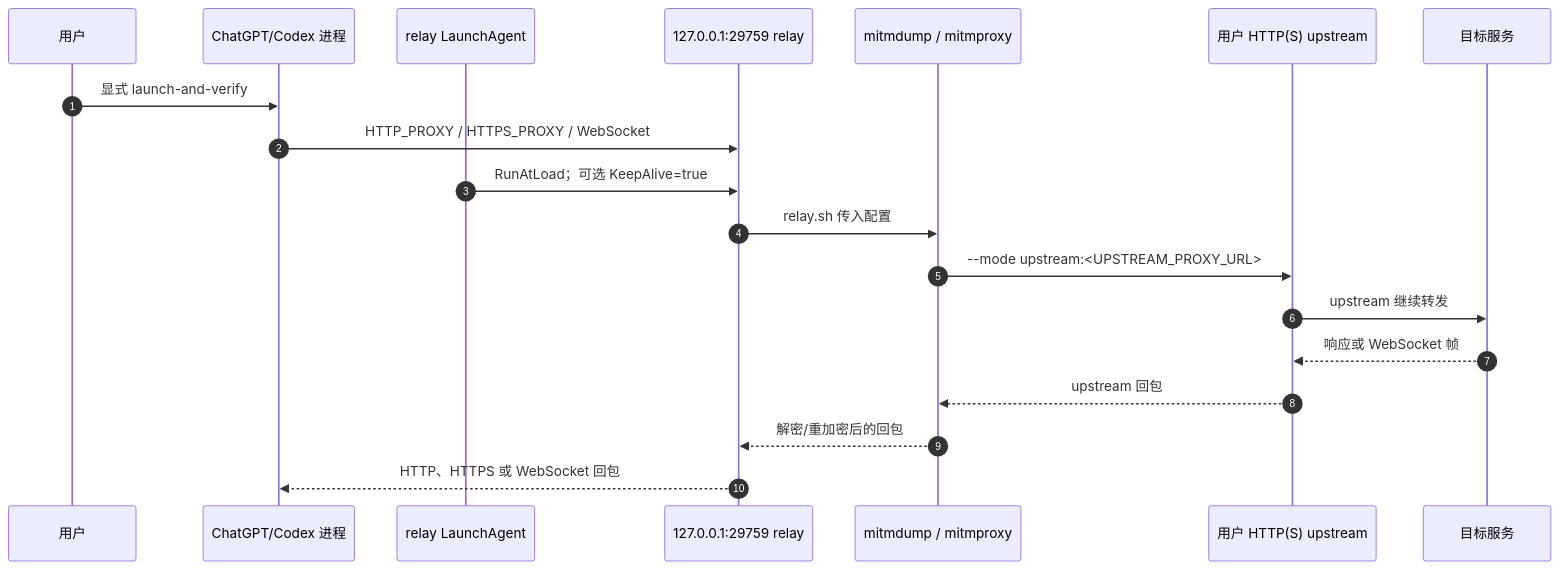
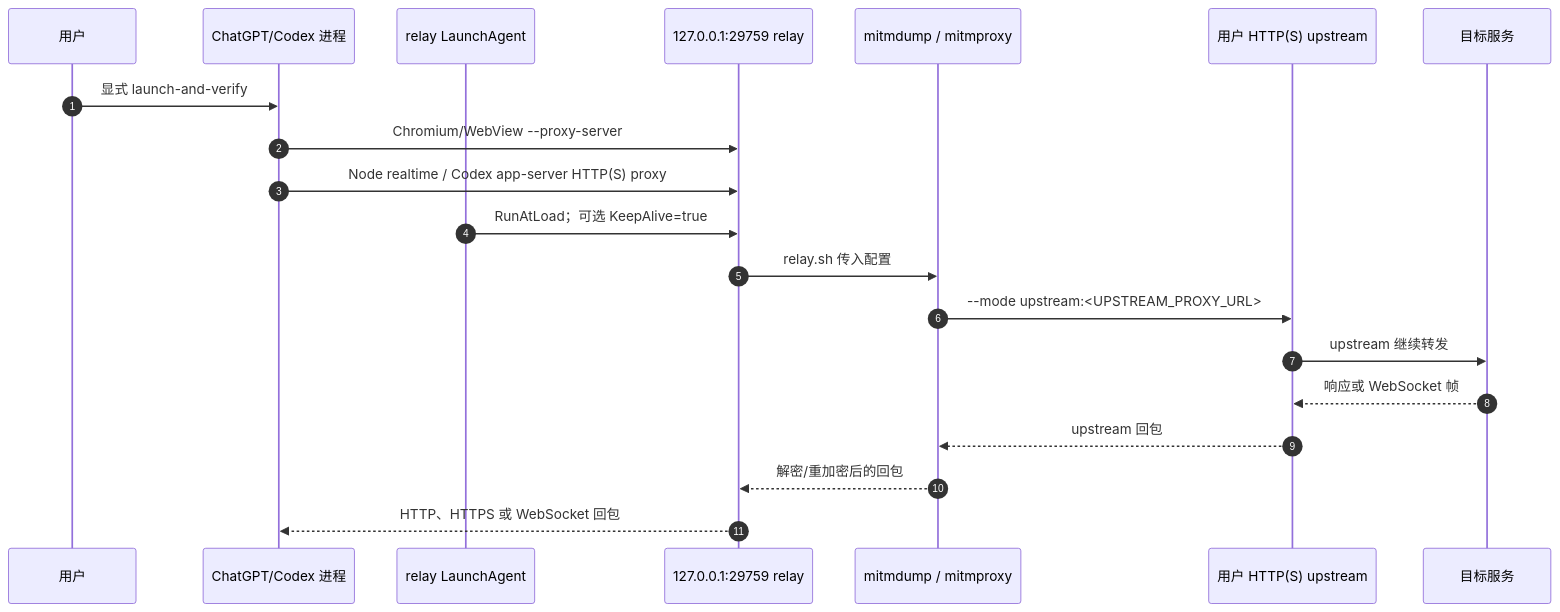
The diagram in docs/ARCHITECTURE.md (kumaxs/codex-proxy), drawn with Mermaid before and after one commit. The commit also changed other lines of this file and 6 other files, not shown here.

````diff
--- a/docs/ARCHITECTURE.md
+++ b/docs/ARCHITECTURE.md
@@ -18,22 +18,23 @@
 ```mermaid
 sequenceDiagram
   autonumber
   participant User as 用户
   participant C as ChatGPT/Codex 进程
   participant A as relay LaunchAgent
   participant R as 127.0.0.1:29759 relay
   participant M as mitmdump / mitmproxy
   participant U as 用户 HTTP(S) upstream
   participant T as 目标服务
 
   User->>C: 显式 launch-and-verify
-  C->>R: HTTP_PROXY / HTTPS_PROXY / WebSocket
+  C->>R: Chromium/WebView --proxy-server
+  C->>R: Node realtime / Codex app-server HTTP(S) proxy
   A->>R: RunAtLoad；可选 KeepAlive=true
   R->>M: relay.sh 传入配置
   M->>U: --mode upstream:<UPSTREAM_PROXY_URL>
   U->>T: upstream 继续转发
   T-->>U: 响应或 WebSocket 帧
   U-->>M: upstream 回包
   M-->>R: 解密/重加密后的回包
   R-->>C: HTTP、HTTPS 或 WebSocket 回包
 ```
````
